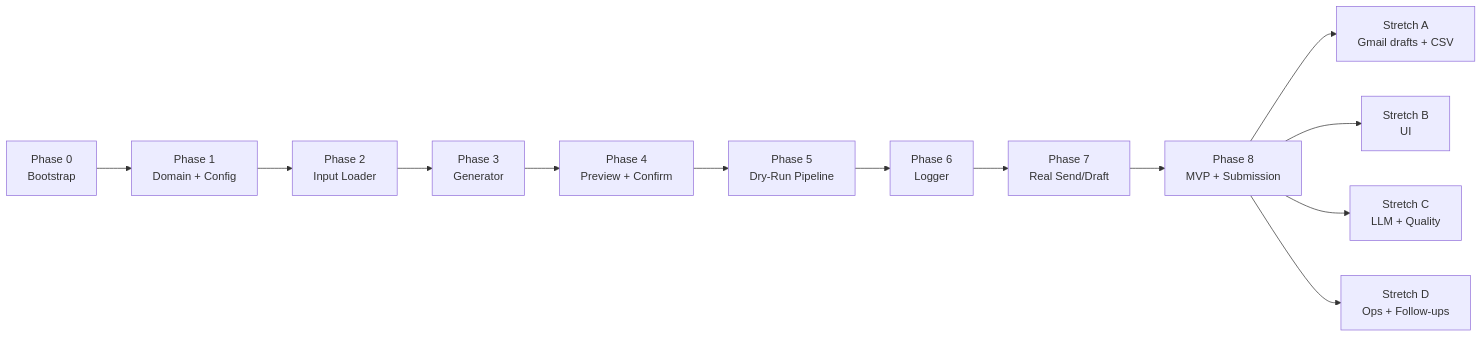
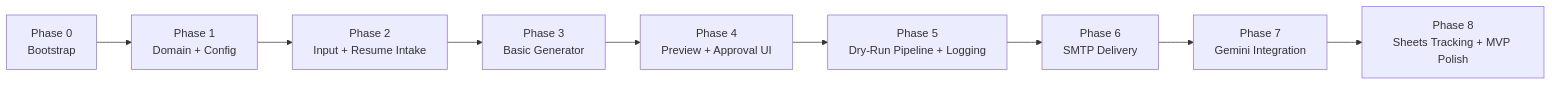
The diagram in docs/implementation-plan.md (RajendharAre/Cold-Mailing-Tool), drawn with Mermaid before and after one commit. The commit also changed other lines of this file and 20 other files, not shown here.

````diff
--- a/docs/implementation-plan.md
+++ b/docs/implementation-plan.md
@@ -16,16 +20,11 @@
 ```mermaid
 flowchart LR
     P0[Phase 0<br/>Bootstrap] --> P1[Phase 1<br/>Domain + Config]
-    P1 --> P2[Phase 2<br/>Input Loader]
-    P2 --> P3[Phase 3<br/>Generator]
-    P3 --> P4[Phase 4<br/>Preview + Confirm]
-    P4 --> P5[Phase 5<br/>Dry-Run Pipeline]
-    P5 --> P6[Phase 6<br/>Logger]
-    P6 --> P7[Phase 7<br/>Real Send/Draft]
-    P7 --> P8[Phase 8<br/>MVP + Submission]
-
-    P8 --> S1[Stretch A<br/>Gmail drafts + CSV]
-    P8 --> S2[Stretch B<br/>UI]
-    P8 --> S3[Stretch C<br/>LLM + Quality]
-    P8 --> S4[Stretch D<br/>Ops + Follow-ups]
+    P1 --> P2[Phase 2<br/>Input + Resume Intake]
+    P2 --> P3[Phase 3<br/>Basic Generator]
+    P3 --> P4[Phase 4<br/>Preview + Approval UI]
+    P4 --> P5[Phase 5<br/>Dry-Run Pipeline + Logging]
+    P5 --> P6[Phase 6<br/>SMTP Delivery]
+    P6 --> P7[Phase 7<br/>Gemini Integration]
+    P7 --> P8[Phase 8<br/>Sheets Tracking + MVP Polish]
 ```
````
